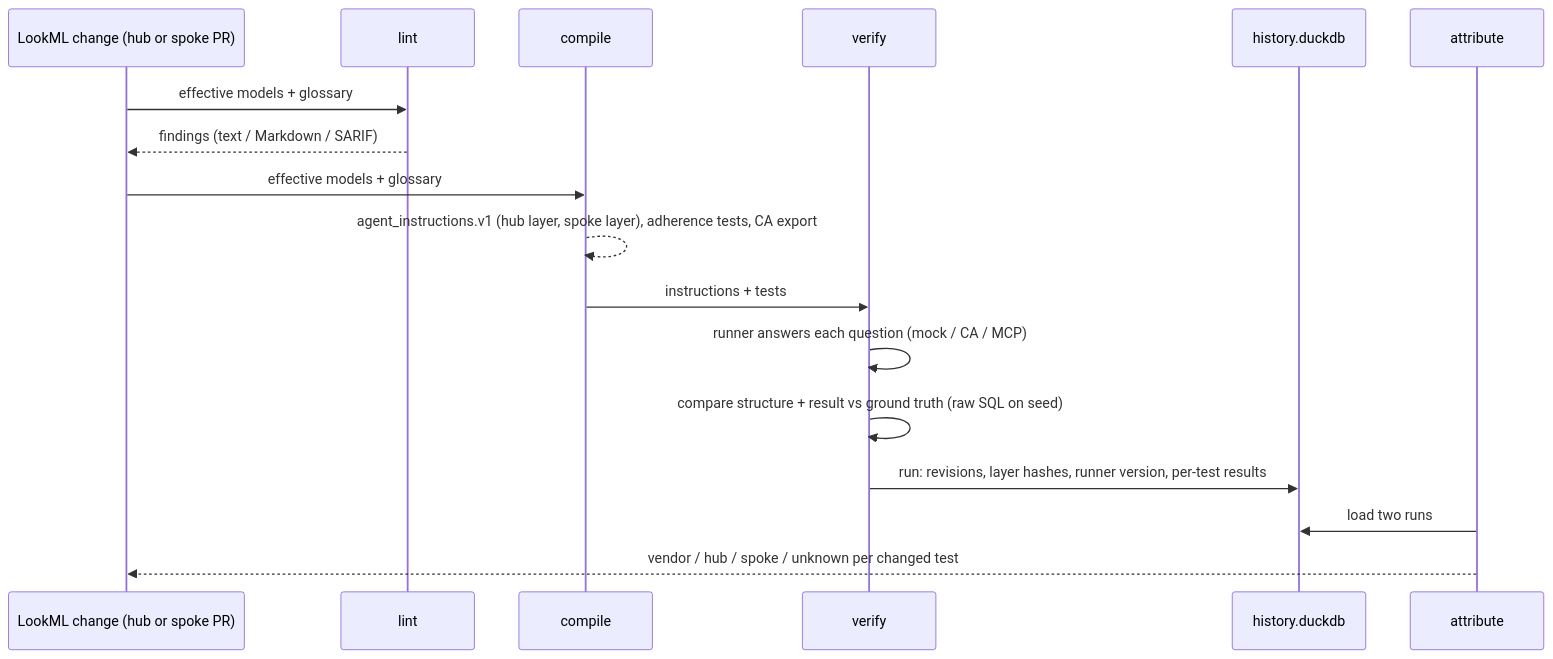
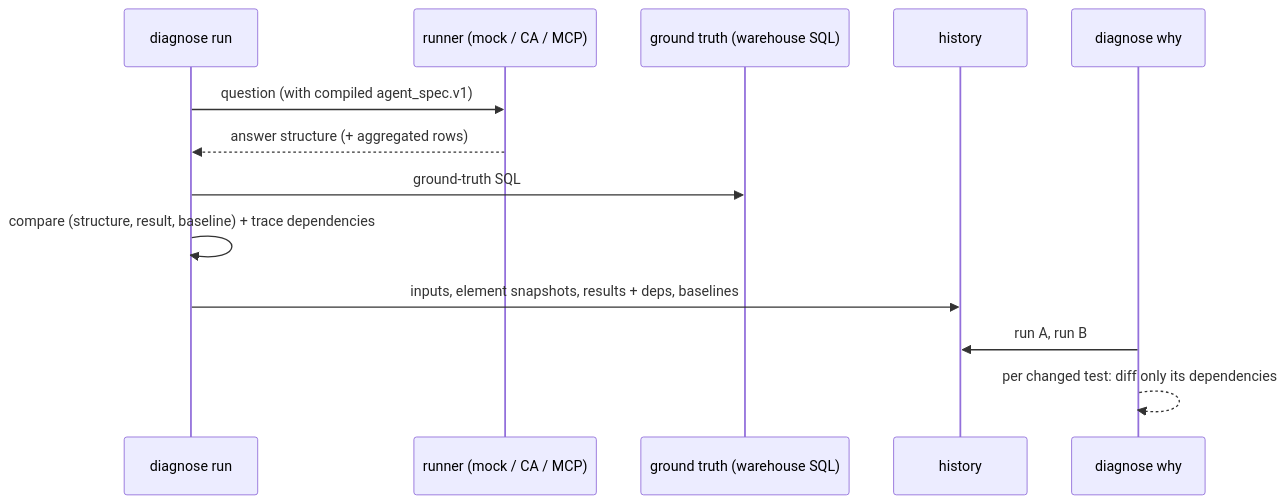
The diagram in docs/architecture.md (sangaraju1988/lookml-agentops), drawn with Mermaid before and after one commit. The commit also changed other lines of this file and 23 other files, not shown here.

````diff
--- a/docs/architecture.md
+++ b/docs/architecture.md
@@ -5,19 +37,15 @@
 ```mermaid
 sequenceDiagram
-  participant Dev as LookML change (hub or spoke PR)
-  participant L as lint
-  participant C as compile
-  participant V as verify
-  participant H as history.duckdb
-  participant A as attribute
-  Dev->>L: effective models + glossary
-  L-->>Dev: findings (text / Markdown / SARIF)
-  Dev->>C: effective models + glossary
-  C-->>C: agent_instructions.v1 (hub layer, spoke layer), adherence tests, CA export
-  C->>V: instructions + tests
-  V->>V: runner answers each question (mock / CA / MCP)
-  V->>V: compare structure + result vs ground truth (raw SQL on seed)
-  V->>H: run: revisions, layer hashes, runner version, per-test results
-  A->>H: load two runs
-  A-->>Dev: vendor / hub / spoke / unknown per changed test
+  participant R as diagnose run
+  participant A as runner (mock / CA / MCP)
+  participant G as ground truth (warehouse SQL)
+  participant H as history
+  participant W as diagnose why
+  R->>A: question (with compiled agent_spec.v1)
+  A-->>R: answer structure (+ aggregated rows)
+  R->>G: ground-truth SQL
+  R->>R: compare (structure, result, baseline) + trace dependencies
+  R->>H: inputs, element snapshots, results + deps, baselines
+  W->>H: run A, run B
+  W-->>W: per changed test: diff only its dependencies
 ```
````
